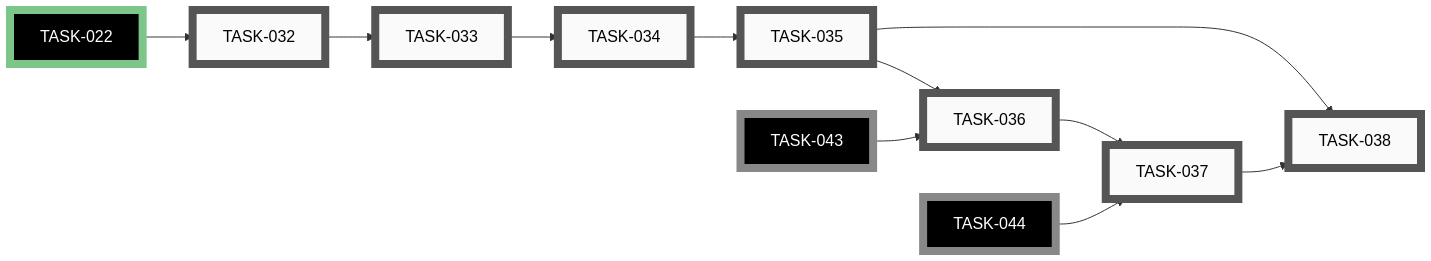
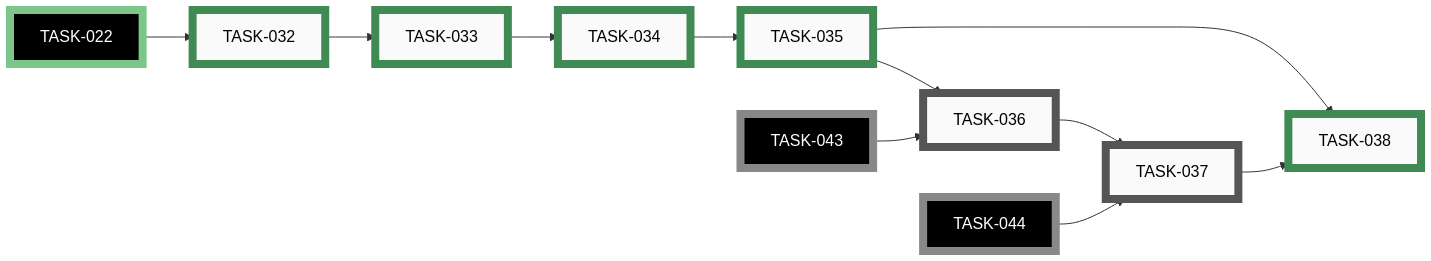
Before and after one commit to tgd1975/PartsLedger: the fifth of 9 diagrams in docs/developers/tasks/EPICS.md, drawn with Mermaid. The commit also changed other lines of this file and 28 other files, not shown here.

````diff
--- a/docs/developers/tasks/EPICS.md
+++ b/docs/developers/tasks/EPICS.md
@@ -244,41 +244,41 @@
 ```mermaid
 graph LR
-    TASK_032["TASK-032"]:::open
-    TASK_033["TASK-033"]:::open
-    TASK_034["TASK-034"]:::open
-    TASK_035["TASK-035"]:::open
     TASK_036["TASK-036"]:::open
     TASK_037["TASK-037"]:::open
-    TASK_038["TASK-038"]:::open
+    TASK_032["TASK-032"]:::closed
+    TASK_033["TASK-033"]:::closed
+    TASK_034["TASK-034"]:::closed
+    TASK_035["TASK-035"]:::closed
+    TASK_038["TASK-038"]:::closed
     TASK_022["TASK-022"]:::closedExt
     TASK_043["TASK-043"]:::openExt
     TASK_044["TASK-044"]:::openExt
+    TASK_035 --> TASK_036
+    TASK_043 --> TASK_036
+    TASK_036 --> TASK_037
+    TASK_044 --> TASK_037
     TASK_022 --> TASK_032
     TASK_032 --> TASK_033
     TASK_033 --> TASK_034
     TASK_034 --> TASK_035
-    TASK_035 --> TASK_036
-    TASK_043 --> TASK_036
-    TASK_036 --> TASK_037
-    TASK_044 --> TASK_037
     TASK_035 --> TASK_038
     TASK_037 --> TASK_038
-    click TASK_032 "open/task-032-camera-selection-wizard.md"
-    click TASK_033 "open/task-033-live-viewfinder-overlays.md"
-    click TASK_034 "open/task-034-capture-trigger-and-still.md"
-    click TASK_035 "open/task-035-camera-cli-wrapper.md"
     click TASK_036 "open/task-036-recognition-overlay-state-machine.md"
     click TASK_037 "open/task-037-secondary-key-dispatch.md"
-    click TASK_038 "open/task-038-capture-slash-skill.md"
+    click TASK_032 "closed/task-032-camera-selection-wizard.md"
+    click TASK_033 "closed/task-033-live-viewfinder-overlays.md"
+    click TASK_034 "closed/task-034-capture-trigger-and-still.md"
+    click TASK_035 "closed/task-035-camera-cli-wrapper.md"
+    click TASK_038 "closed/task-038-capture-slash-skill.md"
     click TASK_022 "closed/task-022-adopt-src-layout.md"
     click TASK_043 "open/task-043-recognition-pipeline-glue.md"
     click TASK_044 "open/task-044-undo-journal.md"
     classDef open    fill:#FAFAFA,stroke:#555,stroke-width:8px,color:#000
     classDef active  fill:#FAFAFA,stroke:#1A6FA8,stroke-width:8px,color:#000
     classDef closed  fill:#FAFAFA,stroke:#3F8B53,stroke-width:8px,color:#000
     classDef paused  fill:#FAFAFA,stroke:#B07810,stroke-width:8px,color:#000
     classDef openExt    fill:#000,stroke:#888,stroke-width:8px,color:#FFF
     classDef activeExt  fill:#000,stroke:#3FA9F5,stroke-width:8px,color:#FFF
     classDef closedExt  fill:#000,stroke:#7CC68A,stroke-width:8px,color:#FFF
     classDef pausedExt  fill:#000,stroke:#F0B030,stroke-width:8px,color:#FFF
 ```
````
